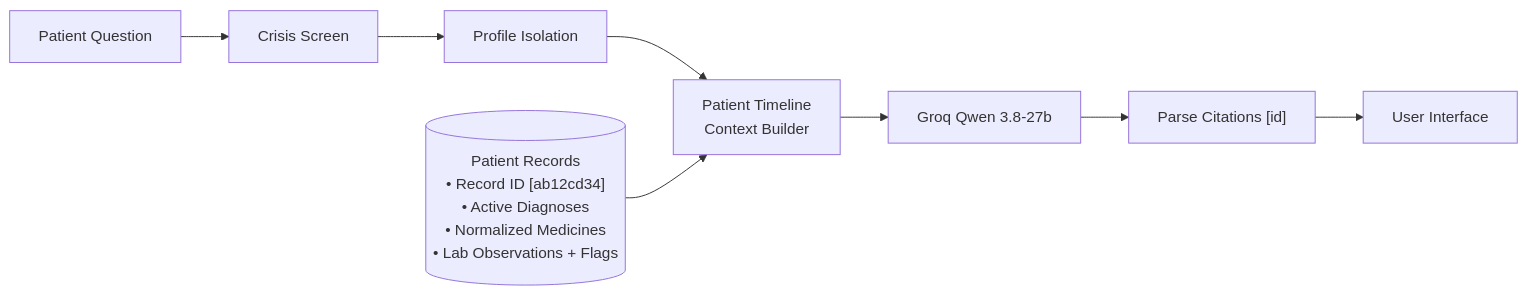
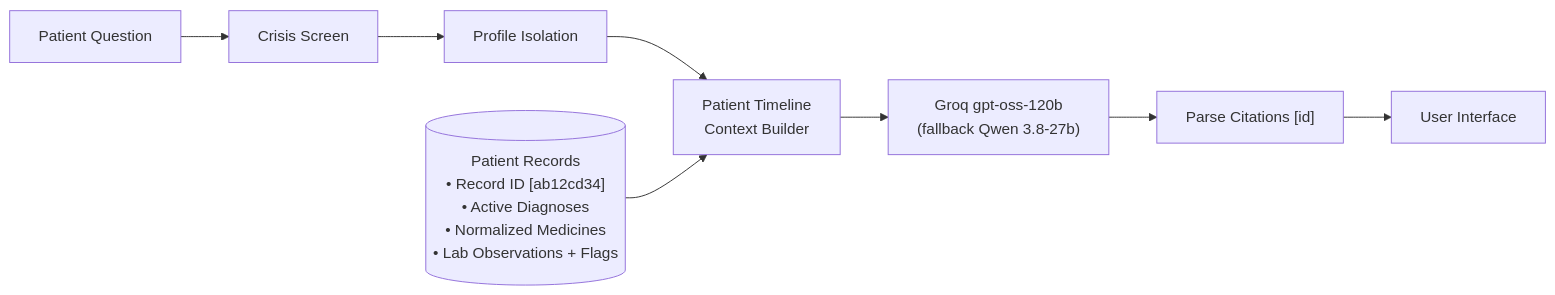
The third of 4 diagrams in AI_LAYER.md (Amith-Gupta/Personal-Health-Copilot), drawn with Mermaid before and after one commit. The commit also changed other lines of this file and 2 other files, not shown here.

````diff
--- a/AI_LAYER.md
+++ b/AI_LAYER.md
@@ -296,11 +299,11 @@
 ```mermaid
 flowchart LR
     Q["Patient Question"] --> Crisis["Crisis Screen"]
     Crisis --> Isolate["Profile Isolation"]
     Isolate --> Context["Patient Timeline<br/>Context Builder"]
-    Context --> LLM["Groq Qwen 3.8-27b"]
+    Context --> LLM["Groq gpt-oss-120b<br/>(fallback Qwen 3.8-27b)"]
     LLM --> Parse["Parse Citations [id]"]
     Parse --> UI["User Interface"]
 
     Records[("Patient Records<br/>• Record ID [ab12cd34]<br/>• Active Diagnoses<br/>• Normalized Medicines<br/>• Lab Observations + Flags")] --> Context
 ```
````
